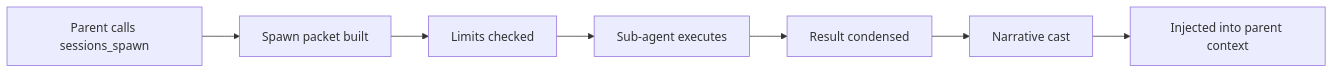
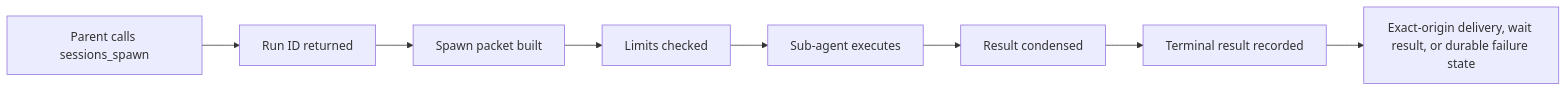
The diagram in docs/agents/subagent-lifecycle.mdx (comisai/comis), drawn with Mermaid before and after one commit. The commit also changed other lines of this file and 2299 other files, not shown here.

````diff
--- a/docs/agents/subagent-lifecycle.mdx
+++ b/docs/agents/subagent-lifecycle.mdx
@@ -20,9 +22,10 @@
 ```mermaid
 flowchart LR
-    A[Parent calls sessions_spawn] --> B[Spawn packet built]
-    B --> C[Limits checked]
-    C --> D[Sub-agent executes]
-    D --> E[Result condensed]
-    E --> F[Narrative cast]
-    F --> G[Injected into parent context]
+    A[Parent calls sessions_spawn] --> B[Run ID returned]
+    B --> C[Spawn packet built]
+    C --> D[Limits checked]
+    D --> E[Sub-agent executes]
+    E --> F[Result condensed]
+    F --> G[Terminal result recorded]
+    G --> H[Exact-origin delivery, wait result, or durable failure state]
 ```
````
